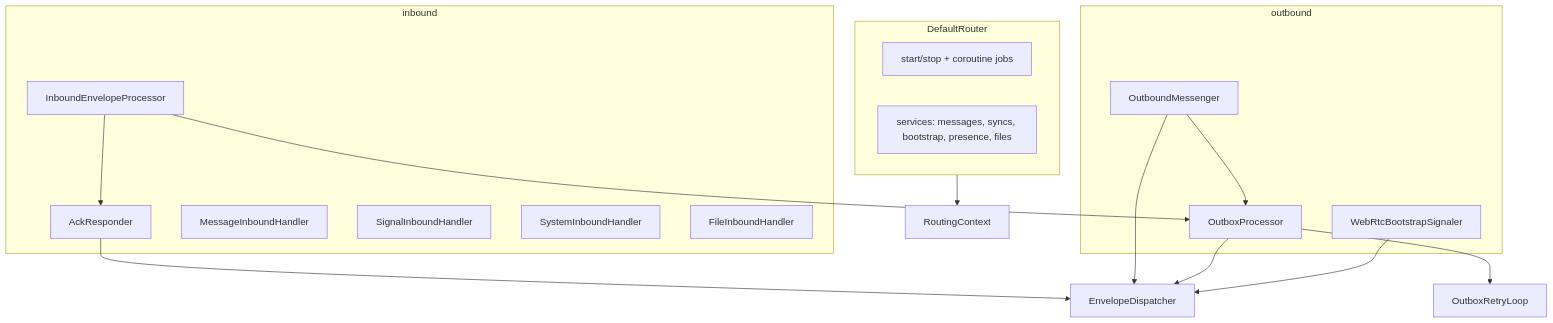
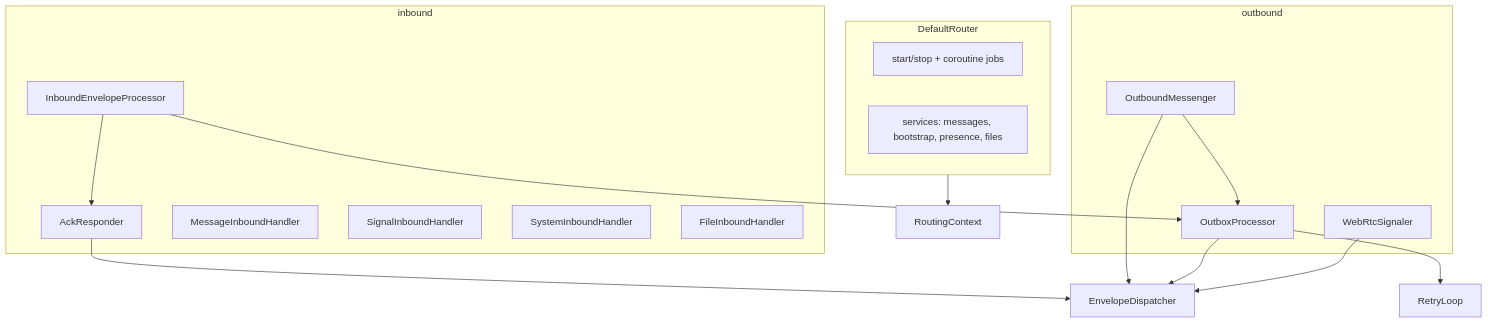
One commit to kswiorek/YapYap changed the diagram in docs/router.md. Above: the diagram before and after it, drawn with Mermaid. The commit also changed other lines of this file and 127 other files, not shown here.

````diff
--- a/docs/router.md
+++ b/docs/router.md
@@ -58,36 +53,36 @@
 ```mermaid
 flowchart TB
     subgraph facade [DefaultRouter]
         lifecycle[start/stop + coroutine jobs]
-        API[services: messages, syncs, bootstrap, presence, files]
+        API[services: messages, bootstrap, presence, files]
     end
 
     subgraph inbound [inbound]
         IEP[InboundEnvelopeProcessor]
         AR[AckResponder]
         MH[MessageInboundHandler]
         SH[SignalInboundHandler]
         SYH[SystemInboundHandler]
         FH[FileInboundHandler]
     end
 
     subgraph outbound [outbound]
         OM[OutboundMessenger]
         OP[OutboxProcessor]
-        WBS[WebRtcBootstrapSignaler]
+        WBS[WebRtcSignaler]
     end
 
     RC[RoutingContext]
     ED[EnvelopeDispatcher]
-    ORL[OutboxRetryLoop]
+    ORL[RetryLoop]
 
     facade --> RC
     AR --> ED
     OM --> ED
     OP --> ED
     WBS --> ED
     IEP --> AR
     IEP --> OP
     OM --> OP
     OP --> ORL
 ```
````
